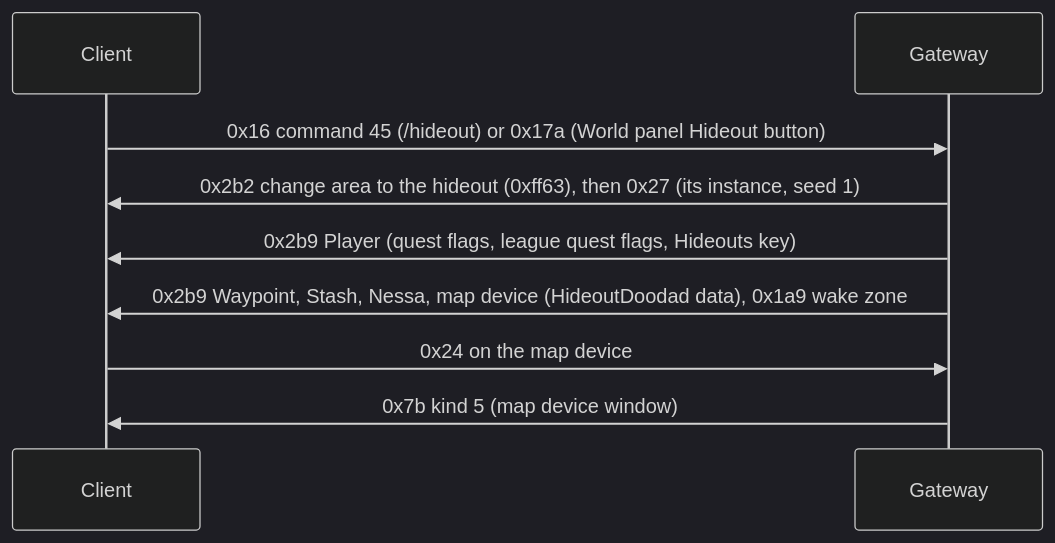
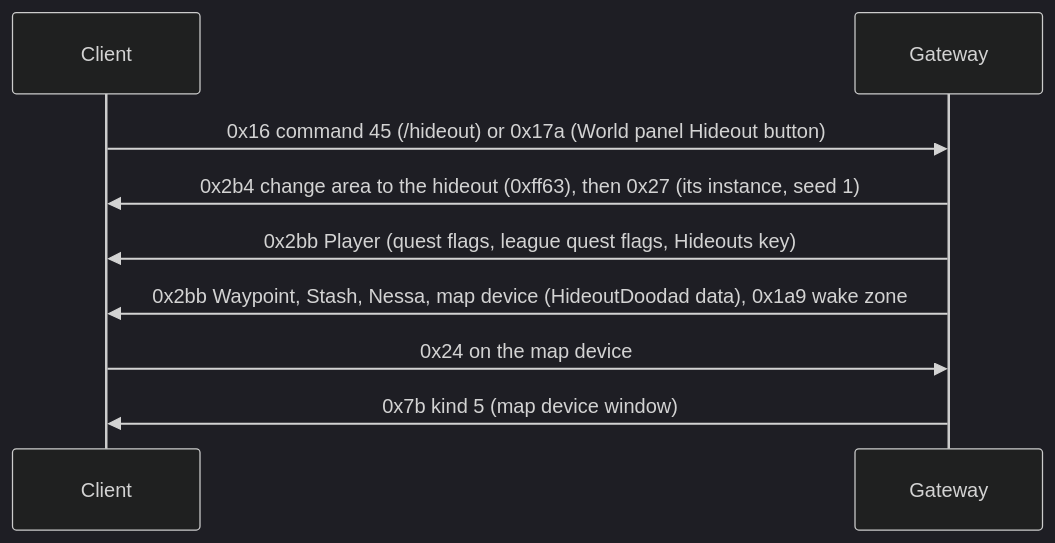
Before and after one commit to LocalExile/LocalExile: the first of 2 diagrams in Agents/docs/protocol/21-hideouts.md, drawn with Mermaid (dark theme). The commit also changed other lines of this file and 135 other files, not shown here.

````diff
--- a/Agents/docs/protocol/21-hideouts.md
+++ b/Agents/docs/protocol/21-hideouts.md
@@ -11,11 +11,11 @@
 ```mermaid
 sequenceDiagram
     participant C as Client
     participant G as Gateway
     C->>G: 0x16 command 45 (/hideout) or 0x17a (World panel Hideout button)
-    G->>C: 0x2b2 change area to the hideout (0xff63), then 0x27 (its instance, seed 1)
-    G->>C: 0x2b9 Player (quest flags, league quest flags, Hideouts key)
-    G->>C: 0x2b9 Waypoint, Stash, Nessa, map device (HideoutDoodad data), 0x1a9 wake zone
+    G->>C: 0x2b4 change area to the hideout (0xff63), then 0x27 (its instance, seed 1)
+    G->>C: 0x2bb Player (quest flags, league quest flags, Hideouts key)
+    G->>C: 0x2bb Waypoint, Stash, Nessa, map device (HideoutDoodad data), 0x1a9 wake zone
     C->>G: 0x24 on the map device
     G->>C: 0x7b kind 5 (map device window)
 ```
````
